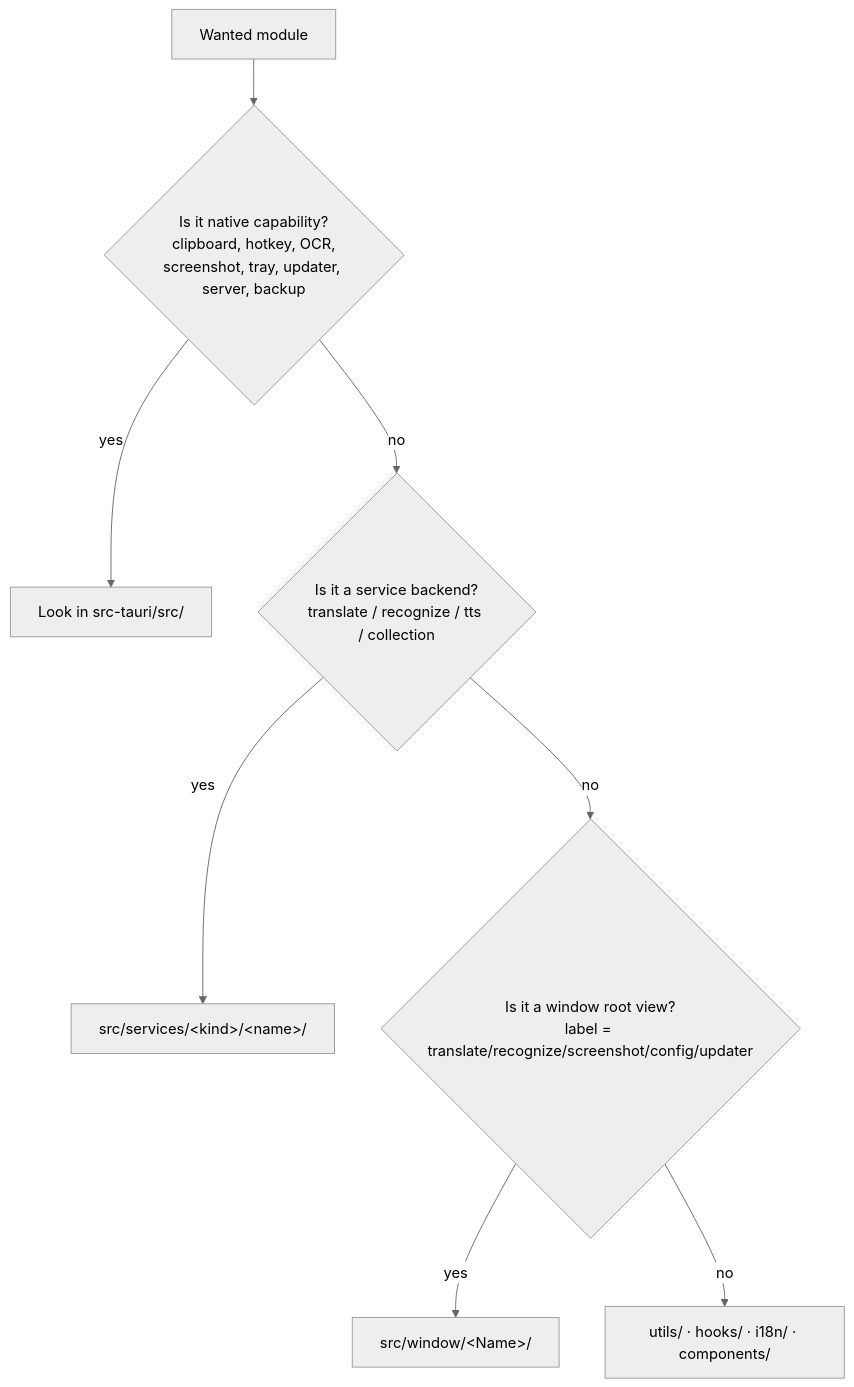
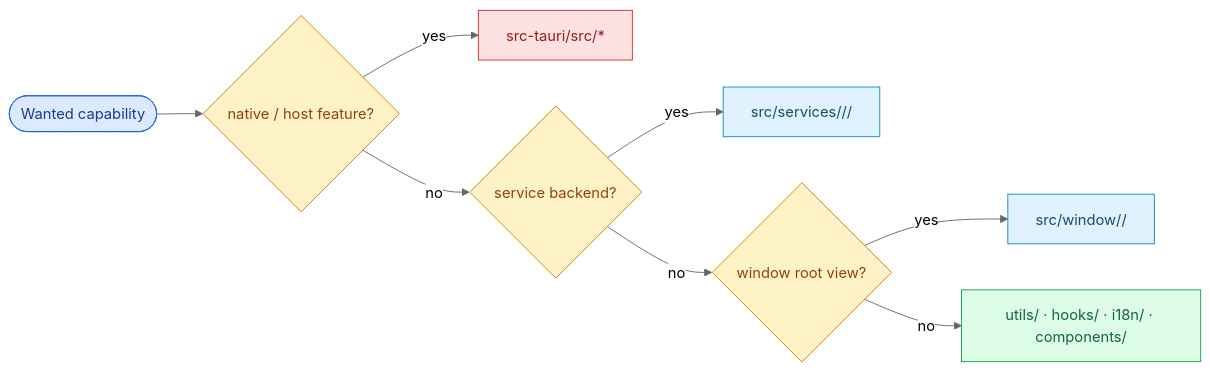
The diagram in YiPot/docs/arch/scene-1-module-location/index.md (effiy/YrY), drawn with Mermaid (neutral theme) before and after one commit. The commit also changed other lines of this file and 32 other files, not shown here.

First line of the commit message:
docs: standardize mermaid diagrams and add summaries

````diff
--- a/YiPot/docs/arch/scene-1-module-location/index.md
+++ b/YiPot/docs/arch/scene-1-module-location/index.md
@@ -12,10 +3,16 @@
 ```mermaid
-flowchart TD
-    A[Wanted module] --> B{Is it native capability?<br/>clipboard, hotkey, OCR,<br/>screenshot, tray, updater, server, backup}
-    B -- yes --> C[Look in src-tauri/src/]
-    B -- no  --> D{Is it a service backend?<br/>translate / recognize / tts / collection}
-    D -- yes --> E[src/services/&lt;kind&gt;/&lt;name&gt;/]
-    D -- no  --> F{Is it a window root view?<br/>label = translate/recognize/screenshot/config/updater}
-    F -- yes --> G[src/window/&lt;Name&gt;/]
-    F -- no  --> H[utils/ · hooks/ · i18n/ · components/]
+flowchart LR
+  wanted([Wanted capability]):::entry --> native{native / host feature?}:::decision
+  native -->|yes| rust[src-tauri/src/*]:::rust
+  native -->|no| service{service backend?}:::decision
+  service -->|yes| services[src/services/<kind>/<name>/]:::js
+  service -->|no| window{window root view?}:::decision
+  window -->|yes| ui[src/window/<Name>/]:::js
+  window -->|no| shared[utils/ · hooks/ · i18n/ · components/]:::support
+
+  classDef entry fill:#dbeafe,stroke:#2563eb,color:#1e3a8a
+  classDef decision fill:#fef3c7,stroke:#d97706,color:#92400e
+  classDef rust fill:#fee2e2,stroke:#dc2626,color:#991b1b
+  classDef js fill:#e0f2fe,stroke:#0891b2,color:#164e63
+  classDef support fill:#dcfce7,stroke:#16a34a,color:#166534
 ```
````
